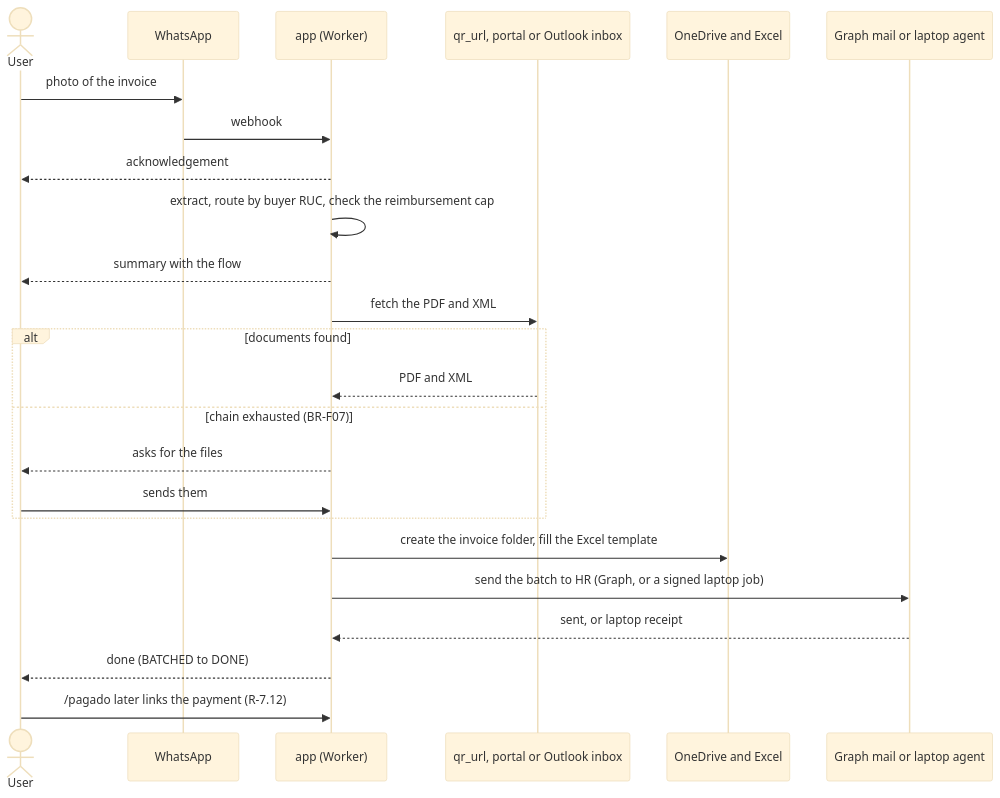
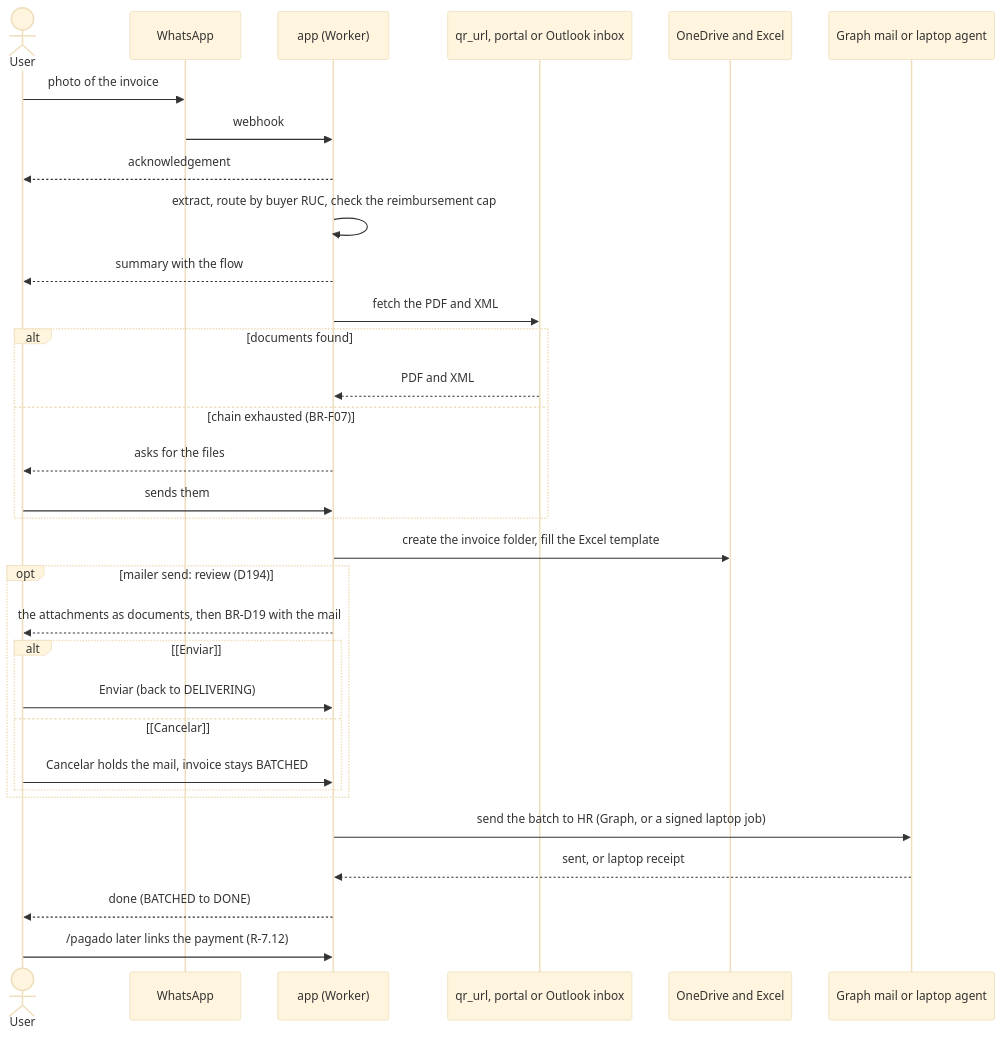
One commit to makubexD/mk-invoice-bot changed the fifth of 5 diagrams in docs/architecture.md. Above: the diagram before and after it, drawn with Mermaid (base theme). The commit also changed other lines of this file and 4 other files, not shown here.

First line of the commit message:
docs: review before send in the diagrams, runbook and example config (D194)

````diff
--- a/docs/architecture.md
+++ b/docs/architecture.md
@@ -316,27 +317,35 @@
 ```mermaid
 sequenceDiagram
     actor User
     participant WA as WhatsApp
     participant Bot as app (Worker)
     participant Src as qr_url, portal or Outlook inbox
     participant MS as OneDrive and Excel
     participant Mail as Graph mail or laptop agent
 
     User->>WA: photo of the invoice
     WA->>Bot: webhook
     Bot-->>User: acknowledgement
     Bot->>Bot: extract, route by buyer RUC, check the reimbursement cap
     Bot-->>User: summary with the flow
     Bot->>Src: fetch the PDF and XML
     alt documents found
         Src-->>Bot: PDF and XML
     else chain exhausted (BR-F07)
         Bot-->>User: asks for the files
         User->>Bot: sends them
     end
     Bot->>MS: create the invoice folder, fill the Excel template
+    opt mailer send: review (D194)
+        Bot-->>User: the attachments as documents, then BR-D19 with the mail
+        alt [Enviar]
+            User->>Bot: Enviar (back to DELIVERING)
+        else [Cancelar]
+            User->>Bot: Cancelar holds the mail, invoice stays BATCHED
+        end
+    end
     Bot->>Mail: send the batch to HR (Graph, or a signed laptop job)
     Mail-->>Bot: sent, or laptop receipt
     Bot-->>User: done (BATCHED to DONE)
     User->>Bot: /pagado later links the payment (R-7.12)
 ```
````
